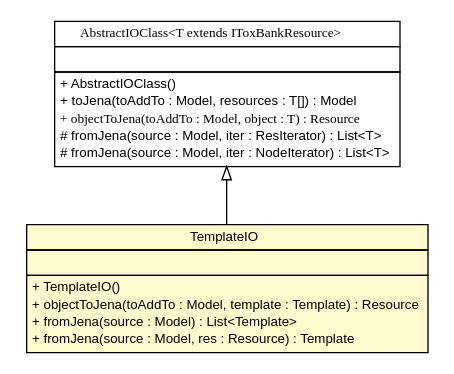
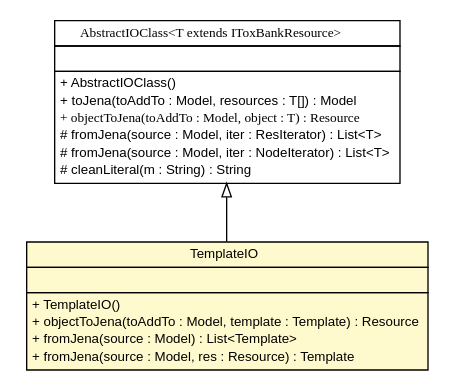
One commit to ToxBank/toxbank-api-beans changed the diagram in apidocs/net/toxbank/client/io/rdf/TemplateIO.dot. Above: the diagram before and after it, drawn with Graphviz. The commit also changed 216 other files, not shown here.

```diff
--- a/apidocs/net/toxbank/client/io/rdf/TemplateIO.dot
+++ b/apidocs/net/toxbank/client/io/rdf/TemplateIO.dot
@@ -1,43 +1,44 @@
 #!/usr/local/bin/dot
 #
 # Class diagram 
 # Generated by UmlGraph version 4.6 (http://www.spinellis.gr/sw/umlgraph)
 #
 
 digraph G {
 	edge [fontname="arial",fontsize=10,labelfontname="arial",labelfontsize=10];
 	node [fontname="arial",fontsize=10,shape=plaintext];
 	// net.toxbank.client.io.rdf.TemplateIO
-	c184 [label=<<table border="0" cellborder="1" cellspacing="0" cellpadding="2" port="p" bgcolor="lemonChiffon" href="./TemplateIO.html">
+	c256 [label=<<table border="0" cellborder="1" cellspacing="0" cellpadding="2" port="p" bgcolor="lemonChiffon" href="./TemplateIO.html">
 		<tr><td><table border="0" cellspacing="0" cellpadding="1">
 			<tr><td> TemplateIO </td></tr>
 		</table></td></tr>
 		<tr><td><table border="0" cellspacing="0" cellpadding="1">
 			<tr><td align="left">  </td></tr>
 		</table></td></tr>
 		<tr><td><table border="0" cellspacing="0" cellpadding="1">
 			<tr><td align="left"> + TemplateIO() </td></tr>
 			<tr><td align="left"> + objectToJena(toAddTo : Model, template : Template) : Resource </td></tr>
 			<tr><td align="left"> + fromJena(source : Model) : List&lt;Template&gt; </td></tr>
 			<tr><td align="left"> + fromJena(source : Model, res : Resource) : Template </td></tr>
 		</table></td></tr>
 		</table>>, fontname="arial", fontcolor="black", fontsize=10.0];
 	// net.toxbank.client.io.rdf.AbstractIOClass<T extends net.toxbank.client.resource.IToxBankResource>
-	c195 [label=<<table border="0" cellborder="1" cellspacing="0" cellpadding="2" port="p" href="./AbstractIOClass.html">
+	c267 [label=<<table border="0" cellborder="1" cellspacing="0" cellpadding="2" port="p" href="./AbstractIOClass.html">
 		<tr><td><table border="0" cellspacing="0" cellpadding="1">
 			<tr><td><font face="ariali"> AbstractIOClass&lt;T extends IToxBankResource&gt; </font></td></tr>
 		</table></td></tr>
 		<tr><td><table border="0" cellspacing="0" cellpadding="1">
 			<tr><td align="left">  </td></tr>
 		</table></td></tr>
 		<tr><td><table border="0" cellspacing="0" cellpadding="1">
 			<tr><td align="left"> + AbstractIOClass() </td></tr>
 			<tr><td align="left"> + toJena(toAddTo : Model, resources : T[]) : Model </td></tr>
 			<tr><td align="left"><font face="ariali" point-size="10.0"> + objectToJena(toAddTo : Model, object : T) : Resource </font></td></tr>
 			<tr><td align="left"> # fromJena(source : Model, iter : ResIterator) : List&lt;T&gt; </td></tr>
 			<tr><td align="left"> # fromJena(source : Model, iter : NodeIterator) : List&lt;T&gt; </td></tr>
+			<tr><td align="left"> # cleanLiteral(m : String) : String </td></tr>
 		</table></td></tr>
 		</table>>, fontname="arial", fontcolor="black", fontsize=10.0];
 	//net.toxbank.client.io.rdf.TemplateIO extends net.toxbank.client.io.rdf.AbstractIOClass<net.toxbank.client.resource.Template>
-	c195:p -> c184:p [dir=back,arrowtail=empty];
+	c267:p -> c256:p [dir=back,arrowtail=empty];
 }
```
